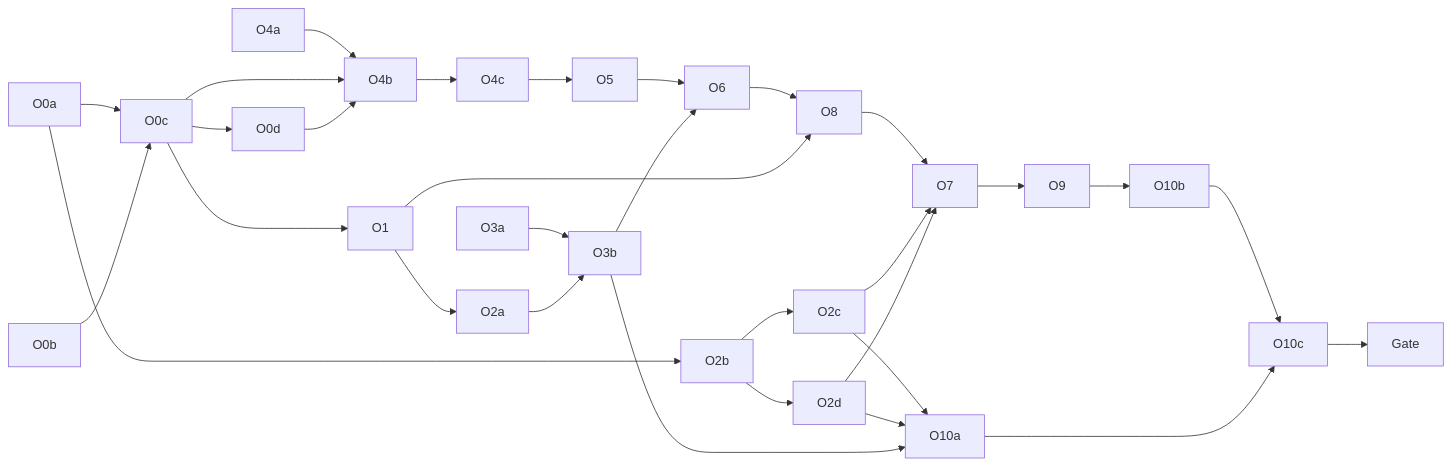
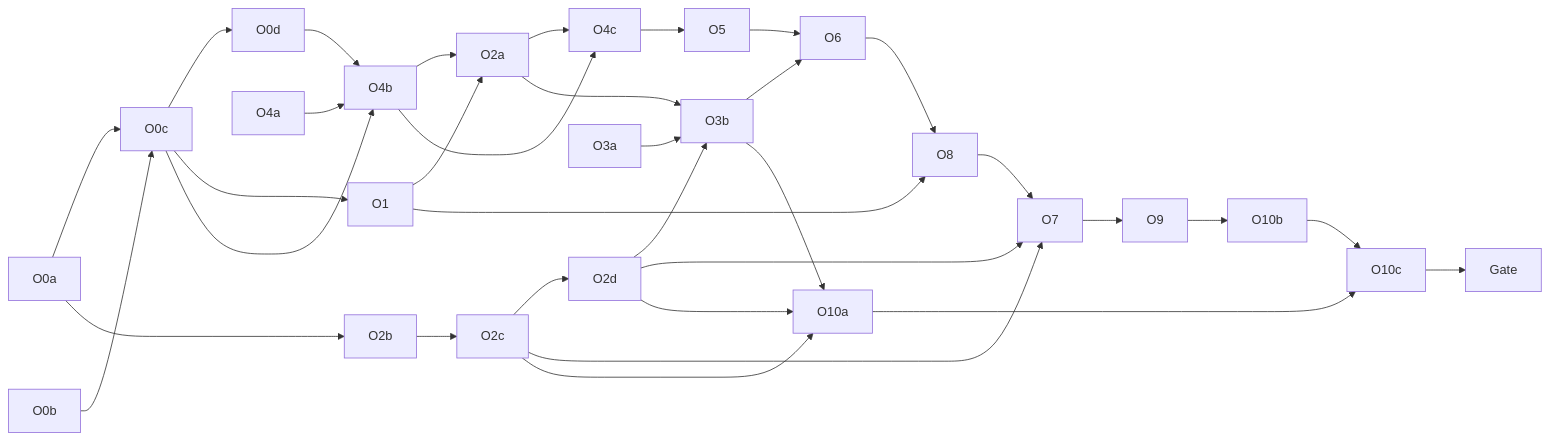
One commit to halbritter-lab/ontotator changed the diagram in docs/superpowers/plans/2026-10-21-documents-overview-redesign.md. Above: the diagram before and after it, drawn with Mermaid. The commit also changed other lines of this file and 1 other file, not shown here.

````diff
--- a/docs/superpowers/plans/2026-10-21-documents-overview-redesign.md
+++ b/docs/superpowers/plans/2026-10-21-documents-overview-redesign.md
@@ -124,18 +131,20 @@
 ```mermaid
 flowchart LR
   O0a --> O0c
   O0b --> O0c
   O0c --> O0d & O1
   O1 --> O2a
-  O0a --> O2b --> O2c & O2d
+  O4b --> O2a --> O4c
+  O0a --> O2b --> O2c --> O2d
   O3a --> O3b
   O2a --> O3b
+  O2d --> O3b
   O4a --> O4b
   O0c & O0d --> O4b --> O4c --> O5 --> O6 --> O8 --> O7 --> O9
   O3b --> O6
   O1 --> O8
   O2c & O2d --> O7
   O2c & O2d & O3b --> O10a
   O9 --> O10b --> O10c
   O10a --> O10c --> Gate
 ```
````
